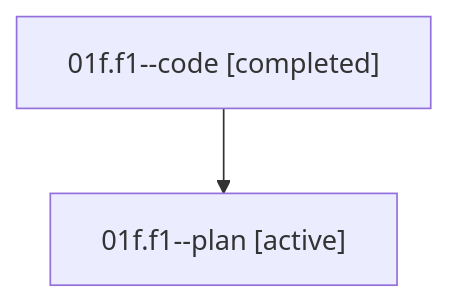
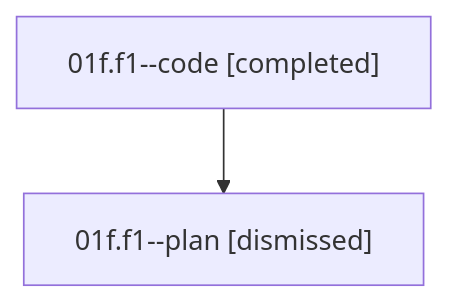
One commit to sase-org/sase--agents changed the diagram in sessions/bbugyi200.athena.01f.f1.md. Above: the diagram before and after it, drawn with Mermaid. The commit also changed other lines of this file and 45 other files, not shown here.

````diff
--- a/sessions/bbugyi200.athena.01f.f1.md
+++ b/sessions/bbugyi200.athena.01f.f1.md
@@ -9,6 +9,6 @@
 ```mermaid
 flowchart TD
   n0["01f.f1--code [completed]"]
-  n1["01f.f1--plan [active]"]
+  n1["01f.f1--plan [dismissed]"]
   n0 --> n1
 ```
````
